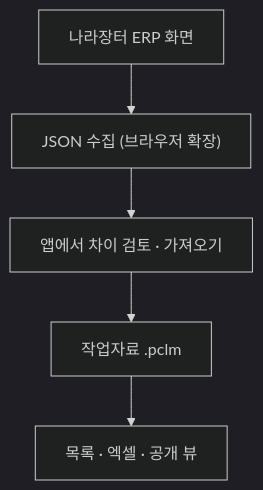
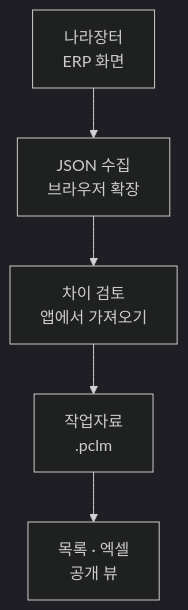
Before and after one commit to rfastball/contract-list-manager: the diagram in README.md, drawn with Mermaid (dark theme).

Commit message:
docs: GitHub 다이어그램 라벨을 두 줄로 표시

````diff
--- a/README.md
+++ b/README.md
@@ -11,7 +11,7 @@
 ```mermaid
 flowchart TD
-    A[나라장터 ERP 화면] --> B["JSON 수집 (브라우저 확장)"]
-    B --> C[앱에서 차이 검토 · 가져오기]
-    C --> D[작업자료 .pclm]
-    D --> E[목록 · 엑셀 · 공개 뷰]
+    A["나라장터<br/>ERP 화면"] --> B["JSON 수집<br/>브라우저 확장"]
+    B --> C["차이 검토<br/>앱에서 가져오기"]
+    C --> D["작업자료<br/>.pclm"]
+    D --> E["목록 · 엑셀<br/>공개 뷰"]
 ```
````
